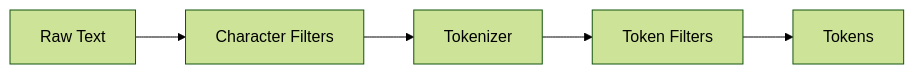
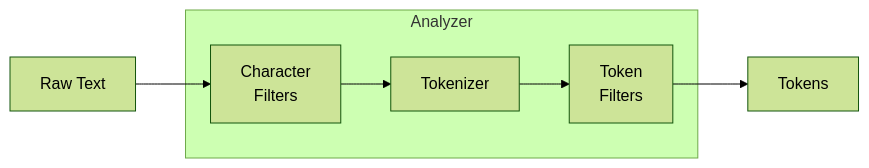
Before and after one commit to maruyamaworks/dynamosearch: the diagram in docs/guide/text-analysis.md, drawn with Mermaid (forest theme). The commit also changed other lines of this file and 12 other files, not shown here.

````diff
--- a/docs/guide/text-analysis.md
+++ b/docs/guide/text-analysis.md
@@ -9,7 +9,9 @@
 ```mermaid
 graph LR
-    A[Raw Text] --> B[Character Filters]
-    B --> C[Tokenizer]
-    C --> D[Token Filters]
+    A[Raw Text] --> B[Character<br>Filters]
+    subgraph Analyzer
+        B --> C[Tokenizer]
+        C --> D[Token<br>Filters]
+    end
     D --> E[Tokens]
 ```
````
